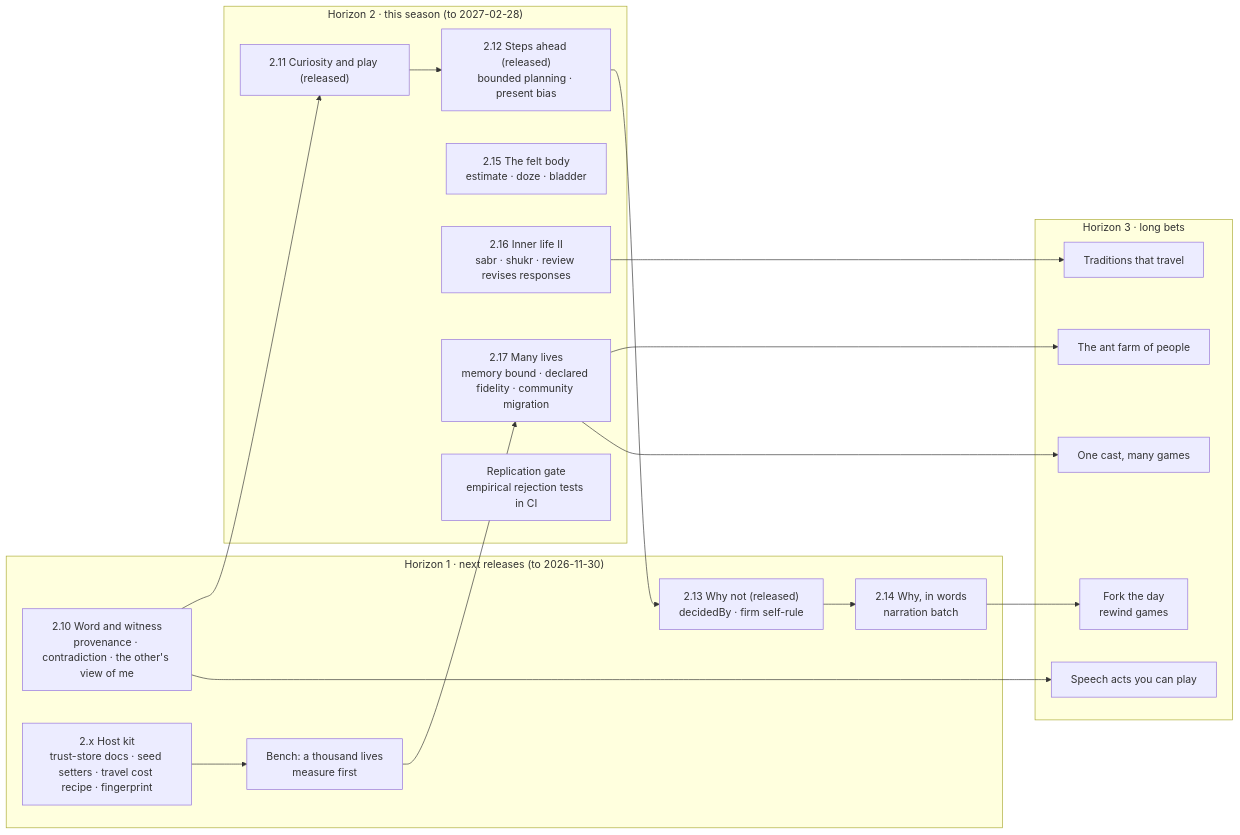
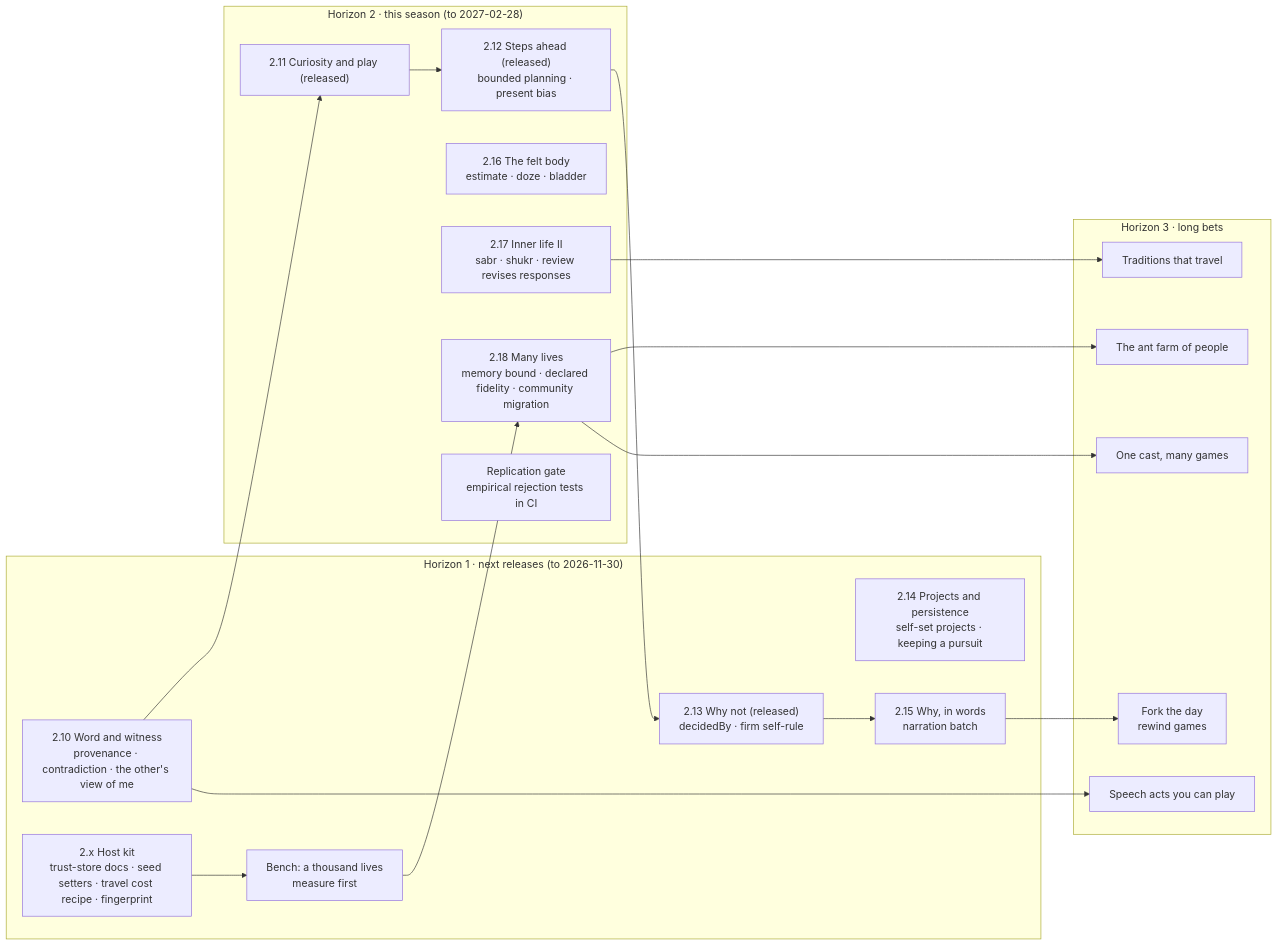
Before and after one commit to adam0white/human-framework: the diagram in docs/hf-roadmap-2026-10-20.md, drawn with Mermaid. The commit also changed other lines of this file and 4 other files, not shown here.

First line of the commit message:
Current increment: Projects and persistence (2.14); curiosity, planning and Why not released; roadmap renumbered, narration to 2.15

````diff
--- a/docs/hf-roadmap-2026-10-20.md
+++ b/docs/hf-roadmap-2026-10-20.md
@@ -20,31 +20,32 @@
 ```mermaid
 flowchart LR
   subgraph H1["Horizon 1 · next releases (to 2026-11-30)"]
     A["2.10 Word and witness<br/>provenance · contradiction · the other's view of me"]
     B["2.x Host kit<br/>trust-store docs · seed setters · travel cost recipe · fingerprint"]
     C["2.13 Why not (released)<br/>decidedBy · firm self-rule"]
-    C2["2.14 Why, in words<br/>narration batch"]
+    C3["2.14 Projects and persistence<br/>self-set projects · keeping a pursuit"]
+    C2["2.15 Why, in words<br/>narration batch"]
     D["Bench: a thousand lives<br/>measure first"]
   end
   subgraph H2["Horizon 2 · this season (to 2027-02-28)"]
     E0["2.11 Curiosity and play (released)"]
     E["2.12 Steps ahead (released)<br/>bounded planning · present bias"]
-    F["2.15 The felt body<br/>estimate · doze · bladder"]
-    G["2.16 Inner life II<br/>sabr · shukr · review revises responses"]
-    H["2.17 Many lives<br/>memory bound · declared fidelity · community migration"]
+    F["2.16 The felt body<br/>estimate · doze · bladder"]
+    G["2.17 Inner life II<br/>sabr · shukr · review revises responses"]
+    H["2.18 Many lives<br/>memory bound · declared fidelity · community migration"]
     I["Replication gate<br/>empirical rejection tests in CI"]
   end
   subgraph H3["Horizon 3 · long bets"]
     J["Fork the day<br/>rewind games"]
     K["One cast, many games"]
     L["The ant farm of people"]
     M["Speech acts you can play"]
     N["Traditions that travel"]
   end
   A --> E0 --> E --> C --> C2
   B --> D --> H --> L
   A --> M
   C2 --> J
   G --> N
   H --> K
 ```
````
